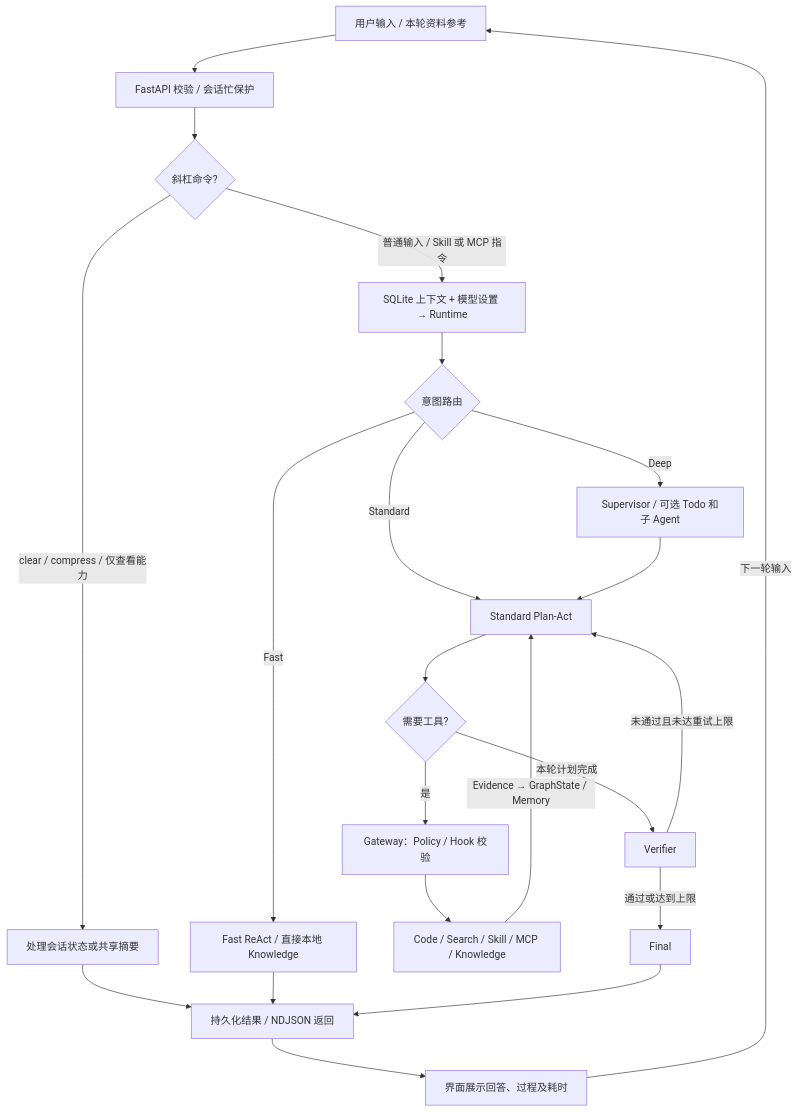
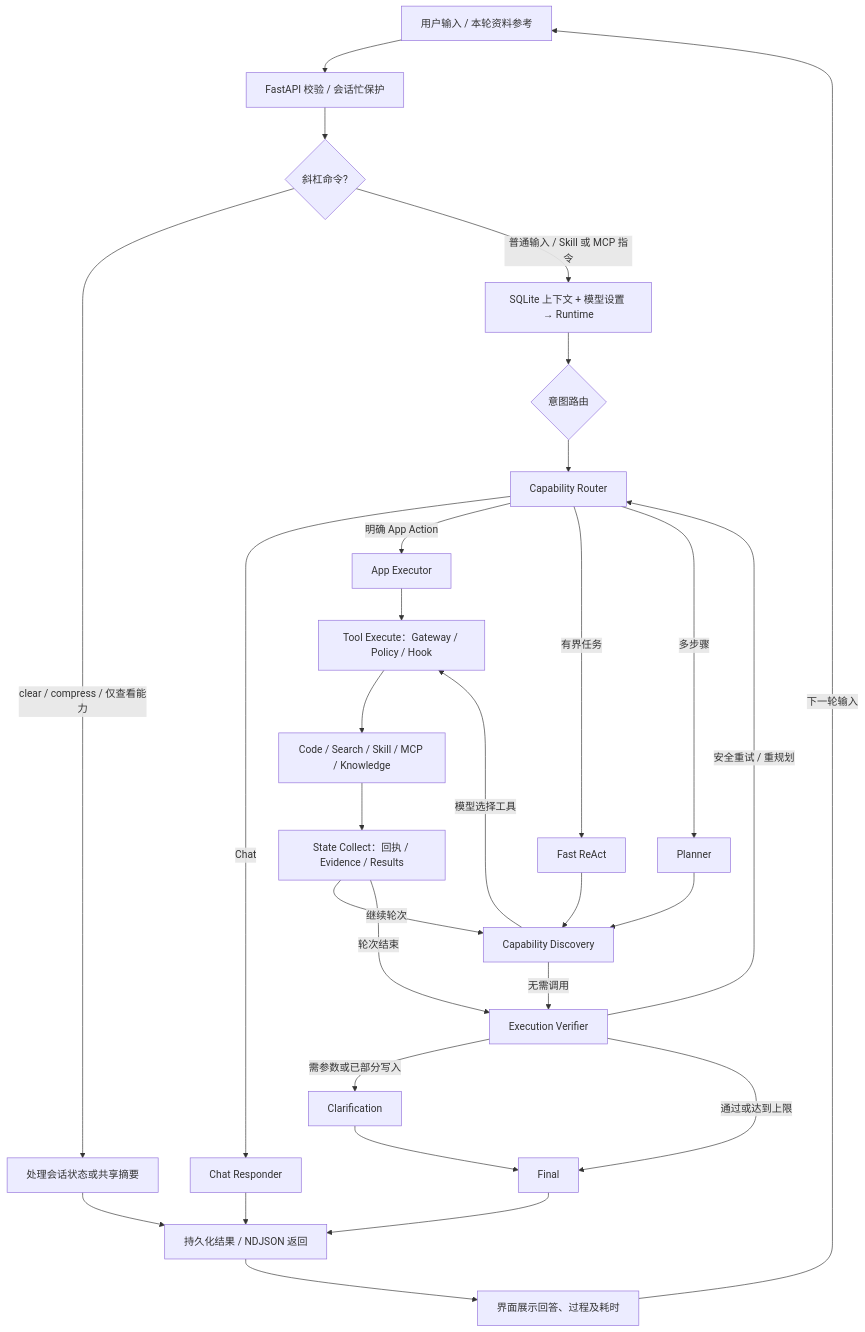
Before and after one commit to sodaa1/xiliu: the diagram in docs/DEVELOPMENT_PROCESS.md, drawn with Mermaid. The commit also changed other lines of this file and 144 other files, not shown here.

Commit message:
refactor: unify agent graph and repair semantic tool contracts

````diff
--- a/docs/DEVELOPMENT_PROCESS.md
+++ b/docs/DEVELOPMENT_PROCESS.md
@@ -126,24 +129,31 @@
 ```mermaid
 flowchart TD
     A[用户输入 / 本轮资料参考] --> B[FastAPI 校验 / 会话忙保护]
     B --> C{斜杠命令?}
     C -->|clear / compress / 仅查看能力| D[处理会话状态或共享摘要]
     C -->|普通输入 / Skill 或 MCP 指令| E[SQLite 上下文 + 模型设置 → Runtime]
     E --> F{意图路由}
-    F -->|Fast| G[Fast ReAct / 直接本地 Knowledge]
-    F -->|Standard| H[Standard Plan-Act]
-    F -->|Deep| S[Supervisor / 可选 Todo 和子 Agent]
-    S --> H
-    H --> I{需要工具?}
-    I -->|是| J[Gateway：Policy / Hook 校验]
+    F --> R[Capability Router]
+    R -->|Chat| G[Chat Responder]
+    R -->|明确 App Action| X[App Executor]
+    R -->|有界任务| H[Fast ReAct]
+    R -->|多步骤| S[Planner]
+    H --> I[Capability Discovery]
+    S --> I
+    I -->|模型选择工具| J[Tool Execute：Gateway / Policy / Hook]
+    X --> J
     J --> K[Code / Search / Skill / MCP / Knowledge]
-    K -->|Evidence → GraphState / Memory| H
-    I -->|本轮计划完成| L[Verifier]
-    L -->|未通过且未达重试上限| H
+    K --> Q[State Collect：回执 / Evidence / Results]
+    Q -->|继续轮次| I
+    Q -->|轮次结束| L[Execution Verifier]
+    I -->|无需调用| L
+    L -->|安全重试 / 重规划| R
+    L -->|需参数或已部分写入| P[Clarification]
+    P --> M
     L -->|通过或达到上限| M[Final]
     D --> N[持久化结果 / NDJSON 返回]
     G --> N
     M --> N
     N --> O[界面展示回答、过程及耗时]
     O -->|下一轮输入| A
 ```
````
